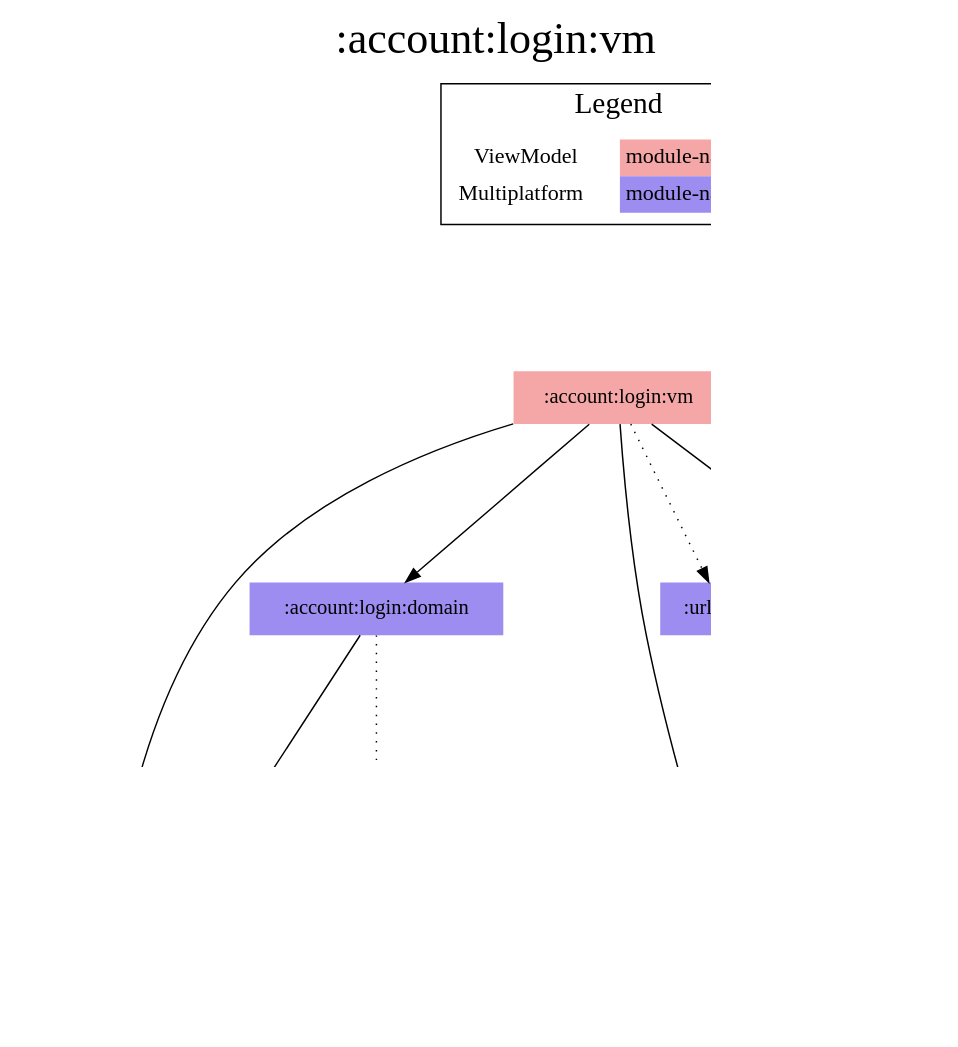
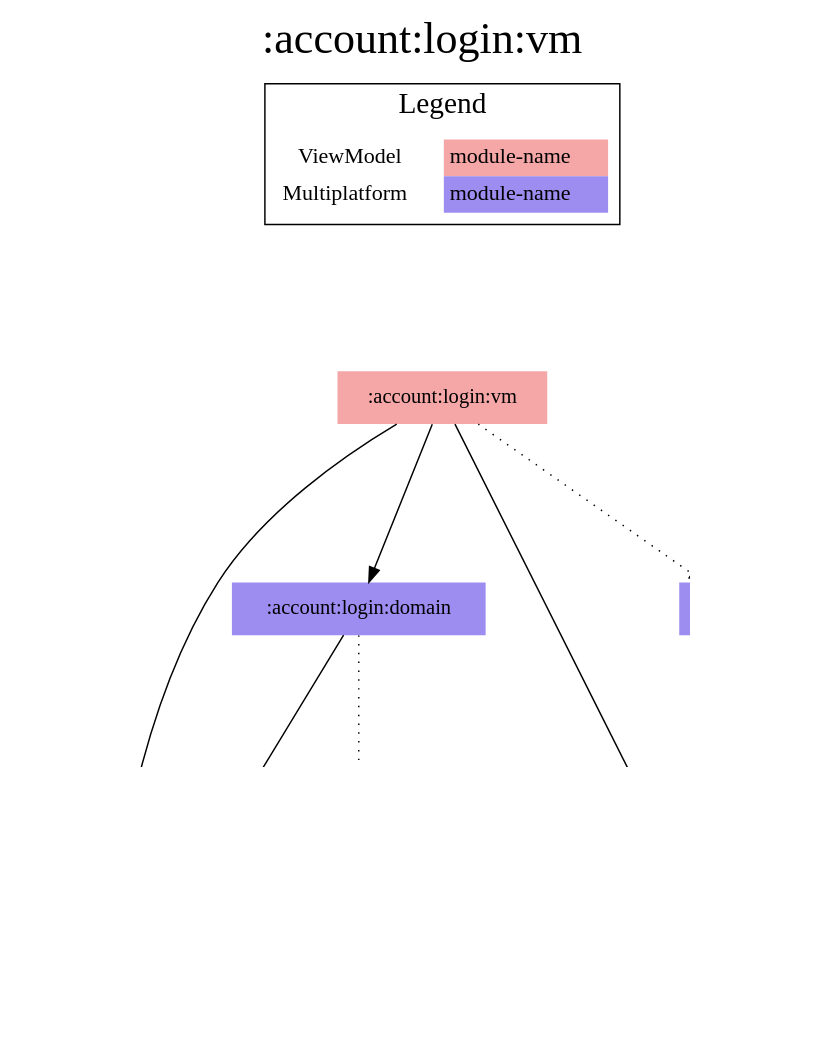
Before and after one commit to jonapoul/aktual: the diagram in modules/account/login/vm/modules.dot, drawn with Graphviz. The commit also changed 59 other files, not shown here.

Commit message:
core:versions -> core:model

```diff
--- a/modules/account/login/vm/modules.dot
+++ b/modules/account/login/vm/modules.dot
@@ -1,40 +1,38 @@
 digraph {
 edge ["dir"="forward"]
 graph ["dpi"="100","label"=":account:login:vm","labelloc"="t","fontsize"="30","ranksep"="1.5","rankdir"="TB"]
 node ["style"="filled"]
 ":account:login:domain" ["fillcolor"="#9D8DF1","shape"="none"]
 ":account:login:vm" ["fillcolor"="#F5A6A6","shape"="none"]
 ":account:model" ["fillcolor"="#9D8DF1","shape"="none"]
 ":api:actual" ["fillcolor"="#9D8DF1","shape"="none"]
 ":budget:model" ["fillcolor"="#9D8DF1","shape"="none"]
 ":codegen:annotation" ["fillcolor"="#9D8DF1","shape"="none"]
 ":core:model" ["fillcolor"="#9D8DF1","shape"="none"]
-":core:versions" ["fillcolor"="#9D8DF1","shape"="none"]
 ":url:prefs" ["fillcolor"="#9D8DF1","shape"="none"]
 {
 edge ["dir"="none"]
 graph ["rank"="same"]
 }
 ":account:login:domain" -> ":account:model"
 ":account:login:domain" -> ":api:actual" ["style"="dotted"]
 ":account:login:vm" -> ":account:login:domain"
 ":account:login:vm" -> ":account:model"
 ":account:login:vm" -> ":core:model"
-":account:login:vm" -> ":core:versions"
 ":account:login:vm" -> ":url:prefs" ["style"="dotted"]
 ":api:actual" -> ":account:model"
 ":api:actual" -> ":budget:model"
 ":api:actual" -> ":codegen:annotation" ["style"="dotted"]
 ":api:actual" -> ":core:model"
 ":url:prefs" -> ":core:model"
 subgraph "cluster_legend" {
 edge ["dir"="none"]
 graph ["label"="Legend","fontsize"="20"]
 "Legend" ["style"="filled","fillcolor"="#FFFFFF","shape"="none","margin"="0","fontsize"="15","label"=<
 <TABLE BORDER="0" CELLBORDER="0" CELLSPACING="0" CELLPADDING="4">
 <TR><TD>ViewModel</TD><TD BGCOLOR="#F5A6A6">module-name</TD></TR>
 <TR><TD>Multiplatform</TD><TD BGCOLOR="#9D8DF1">module-name</TD></TR>
 </TABLE>
 >]
 } -> ":account:login:vm" ["style"="invis"]
 }
```
